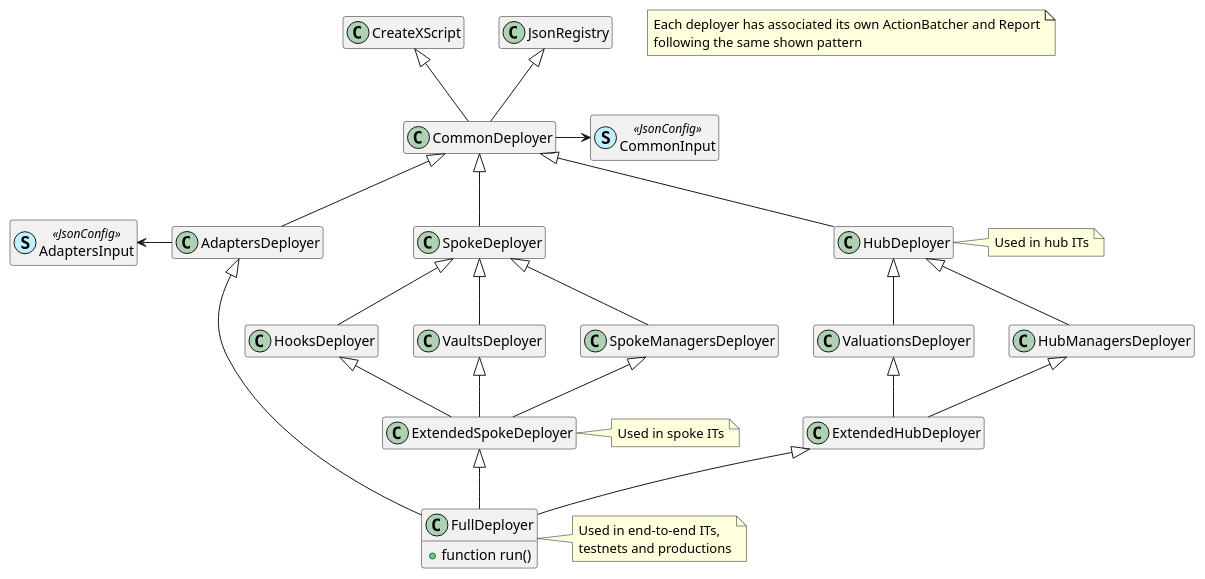
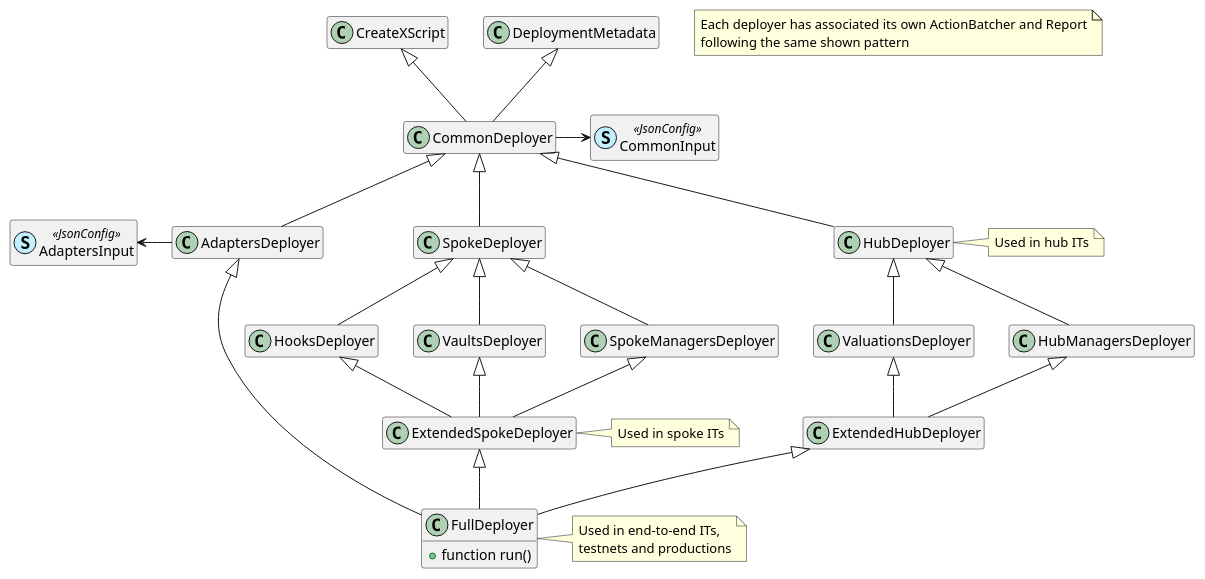
One commit to centrifuge/protocol changed the diagram in docs/architecture/deployers.puml. Above: the diagram before and after it, drawn with PlantUML. The commit also changed 10 other files, not shown here.

First line of the commit message:
feat: simplify env/*.json creation by eliminating JsonRegistry and env/latest

```diff
--- a/docs/architecture/deployers.puml
+++ b/docs/architecture/deployers.puml
@@ -1,60 +1,60 @@
 @startuml
 hide empty members
 
 note "Each deployer has associated its own ActionBatcher and Report\nfollowing the same shown pattern" as N1
 
-class JsonRegistry
+class DeploymentMetadata
 class CreateXScript
 
 class CommonDeployer
 class HubDeployer
 class SpokeDeployer
 class AdaptersDeployer
 
 class ValuationsDeployer
 class HubManagersDeployer
 class ExtendedHubDeployer
 
 class SpokeManagersDeployer
 class VaultsDeployer
 class HooksDeployer
 class ExtendedSpokeDeployer
 
 class FullDeployer {
     + function run()
 }
 
 class CommonInput << (S,application) JsonConfig >>
 class AdaptersInput << (S,application) JsonConfig >>
 
-CommonDeployer -up-|> JsonRegistry
+CommonDeployer -up-|> DeploymentMetadata
 CommonDeployer -up-|> CreateXScript
 HubDeployer -up-|> CommonDeployer
 SpokeDeployer -up-|> CommonDeployer
 AdaptersDeployer -up-|> CommonDeployer
 
 HubManagersDeployer -up-|> HubDeployer
 ValuationsDeployer -up-|> HubDeployer
 
 ExtendedHubDeployer -up-|> HubManagersDeployer
 ExtendedHubDeployer -up-|> ValuationsDeployer
 
 SpokeManagersDeployer -up-|> SpokeDeployer
 VaultsDeployer -up-|> SpokeDeployer
 HooksDeployer -up-|> SpokeDeployer
 
 ExtendedSpokeDeployer -up-|> SpokeManagersDeployer
 ExtendedSpokeDeployer -up-|> VaultsDeployer
 ExtendedSpokeDeployer -up-|> HooksDeployer
 
 FullDeployer -up-|> ExtendedHubDeployer
 FullDeployer -up-|> ExtendedSpokeDeployer
 FullDeployer -up---|> AdaptersDeployer
 
 CommonDeployer -> CommonInput
 AdaptersDeployer -left> AdaptersInput
 
 note right of ExtendedSpokeDeployer: Used in spoke ITs
 note right of HubDeployer: Used in hub ITs
 note right of FullDeployer: Used in end-to-end ITs,\ntestnets and productions
 @enduml
```
